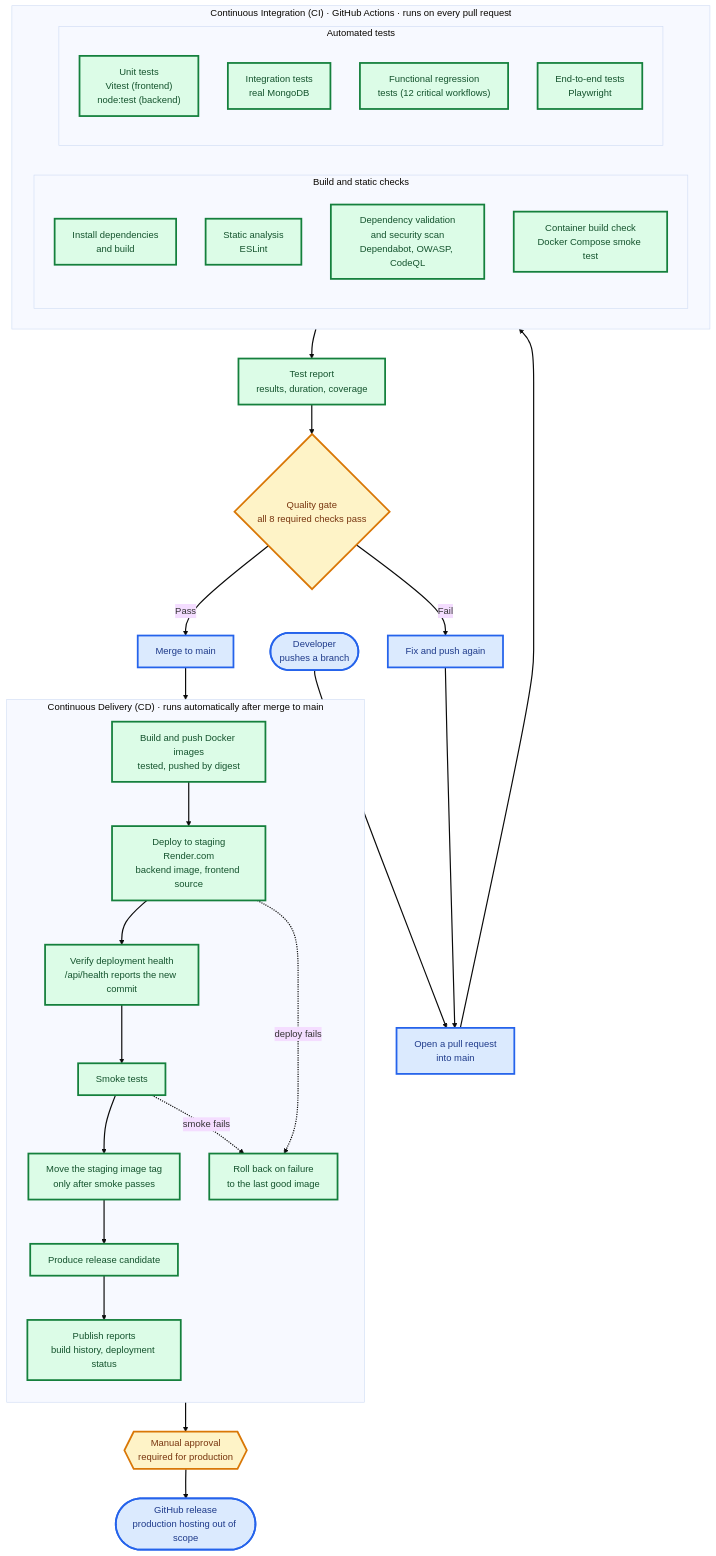
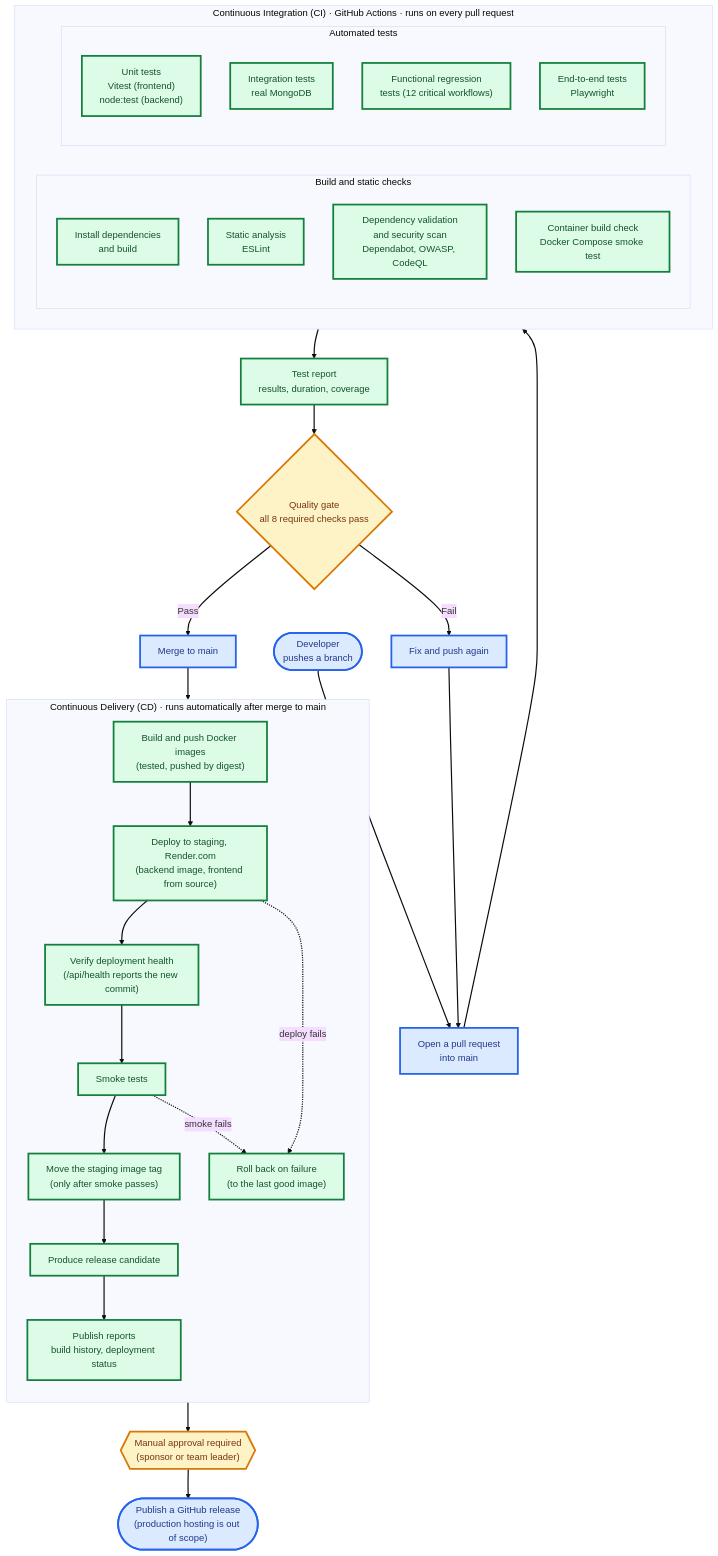
One commit to IT7993-FALL-2026-PEERS/ProjectPeerEvaluation changed the first of 4 diagrams in README.md. Above: the diagram before and after it, drawn with Mermaid (base theme). The commit also changed other lines of this file and 1 other file, not shown here.

Commit message:
Make the pipeline diagram labels read as a title plus a note
Two-line labels such as 'GitHub release / production hosting out of scope'
ran together when rendered. The detail now sits in parentheses, and the
manual approval box says who approves instead of 'for production', because
there is no production service. Docs only.

````diff
--- a/README.md
+++ b/README.md
@@ -64,59 +64,59 @@
 ```mermaid
 flowchart TB
     DEV(["Developer<br/>pushes a branch"]) --> PR["Open a pull request<br/>into main"]
 
     subgraph CI["Continuous Integration (CI) · GitHub Actions · runs on every pull request"]
         direction LR
         subgraph STATIC["Build and static checks"]
             direction TB
             BUILD_APP["Install dependencies<br/>and build"]
             LINT["Static analysis<br/>ESLint"]
             SEC["Dependency validation<br/>and security scan<br/>Dependabot, OWASP, CodeQL"]
             DOCKER["Container build check<br/>Docker Compose smoke test"]
         end
         subgraph TESTS["Automated tests"]
             direction TB
             UNIT["Unit tests<br/>Vitest (frontend)<br/>node:test (backend)"]
             INTEG["Integration tests<br/>real MongoDB"]
             REG["Functional regression<br/>tests (12 critical workflows)"]
             E2E["End-to-end tests<br/>Playwright"]
         end
     end
 
     PR --> CI
     CI --> REPORT["Test report<br/>results, duration, coverage"]
     REPORT --> GATE{"Quality gate<br/>all 8 required checks pass"}
     GATE -- "Fail" --> FIX["Fix and push again"]
     FIX --> PR
     GATE -- "Pass" --> MERGE["Merge to main"]
 
     subgraph CD["Continuous Delivery (CD) · runs automatically after merge to main"]
         direction TB
-        ARTIFACTS["Build and push Docker images<br/>tested, pushed by digest"]
-        STG["Deploy to staging<br/>Render.com<br/>backend image, frontend source"]
-        HEALTH["Verify deployment health<br/>/api/health reports the new commit"]
+        ARTIFACTS["Build and push Docker images<br/>(tested, pushed by digest)"]
+        STG["Deploy to staging, Render.com<br/>(backend image, frontend from source)"]
+        HEALTH["Verify deployment health<br/>(/api/health reports the new commit)"]
         SMOKE["Smoke tests"]
-        TAG["Move the staging image tag<br/>only after smoke passes"]
+        TAG["Move the staging image tag<br/>(only after smoke passes)"]
         RC["Produce release candidate"]
         DREPORT["Publish reports<br/>build history, deployment status"]
-        ROLLBACK["Roll back on failure<br/>to the last good image"]
+        ROLLBACK["Roll back on failure<br/>(to the last good image)"]
         ARTIFACTS --> STG --> HEALTH --> SMOKE --> TAG --> RC --> DREPORT
         STG -. "deploy fails" .-> ROLLBACK
         SMOKE -. "smoke fails" .-> ROLLBACK
     end
 
     MERGE --> ARTIFACTS
-    DREPORT --> APPROVE{{"Manual approval<br/>required for production"}}
-    APPROVE --> PROD(["GitHub release<br/>production hosting out of scope"])
+    DREPORT --> APPROVE{{"Manual approval required<br/>(sponsor or team leader)"}}
+    APPROVE --> PROD(["Publish a GitHub release<br/>(production hosting is out of scope)"])
 
     classDef done fill:#dcfce7,stroke:#15803d,color:#14532d,stroke-width:3px
     classDef partial fill:#ecfccb,stroke:#4d7c0f,color:#365314,stroke-width:3px,stroke-dasharray: 9 6
     classDef planned fill:#f1f5f9,stroke:#475569,color:#334155,stroke-width:3px,stroke-dasharray: 9 6
     classDef gate fill:#fef3c7,stroke:#d97706,color:#78350f,stroke-width:3px
     classDef endpoint fill:#dbeafe,stroke:#2563eb,color:#1e3a8a,stroke-width:3px
     linkStyle default stroke-width:2px
 
     class BUILD_APP,LINT,SEC,DOCKER,UNIT,INTEG,REG,E2E,REPORT,ARTIFACTS,STG,SMOKE,HEALTH,TAG,RC,DREPORT,ROLLBACK done
     class GATE,APPROVE gate
     class DEV,PROD,PR,MERGE,FIX endpoint
 ```
````
